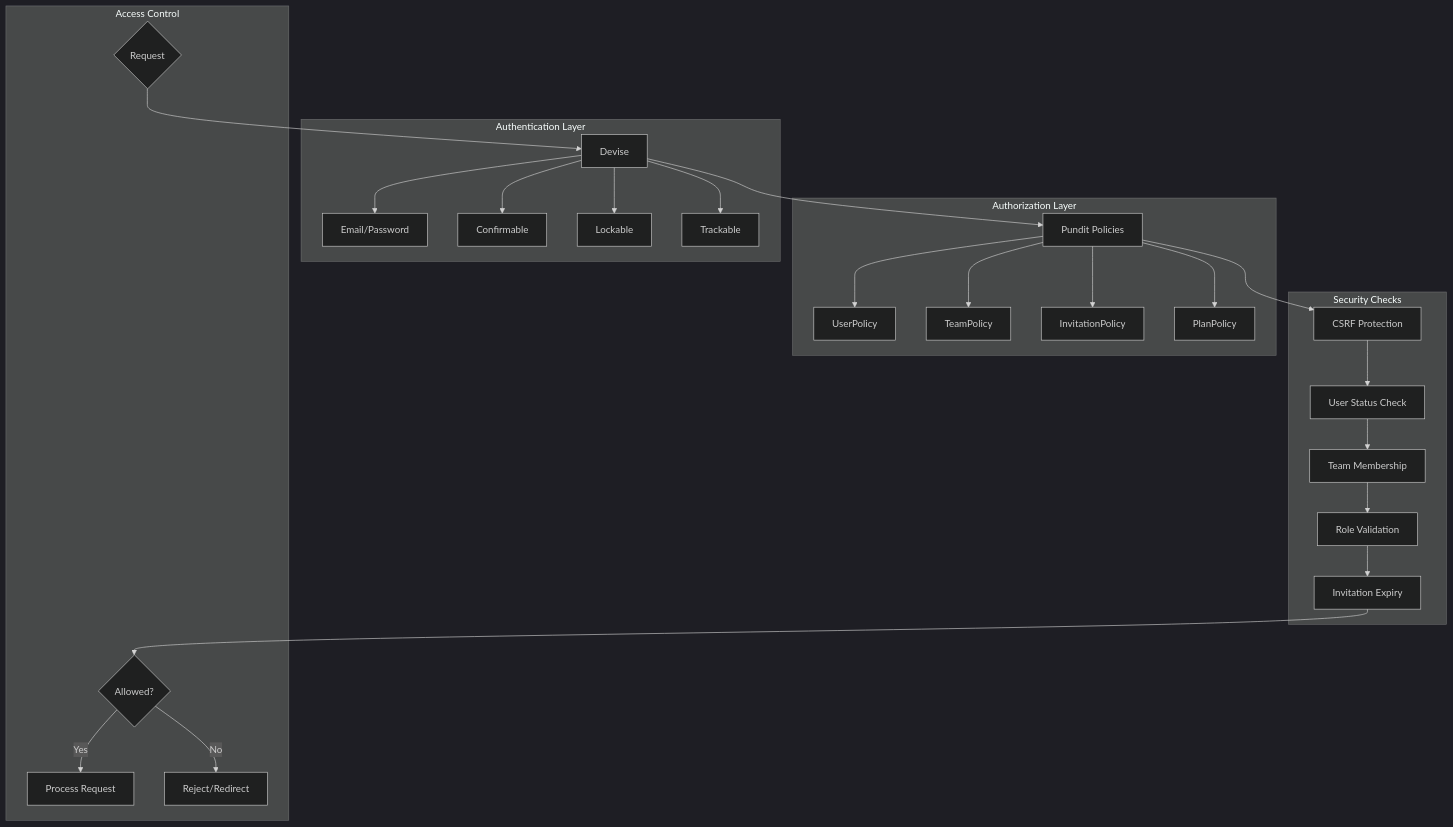
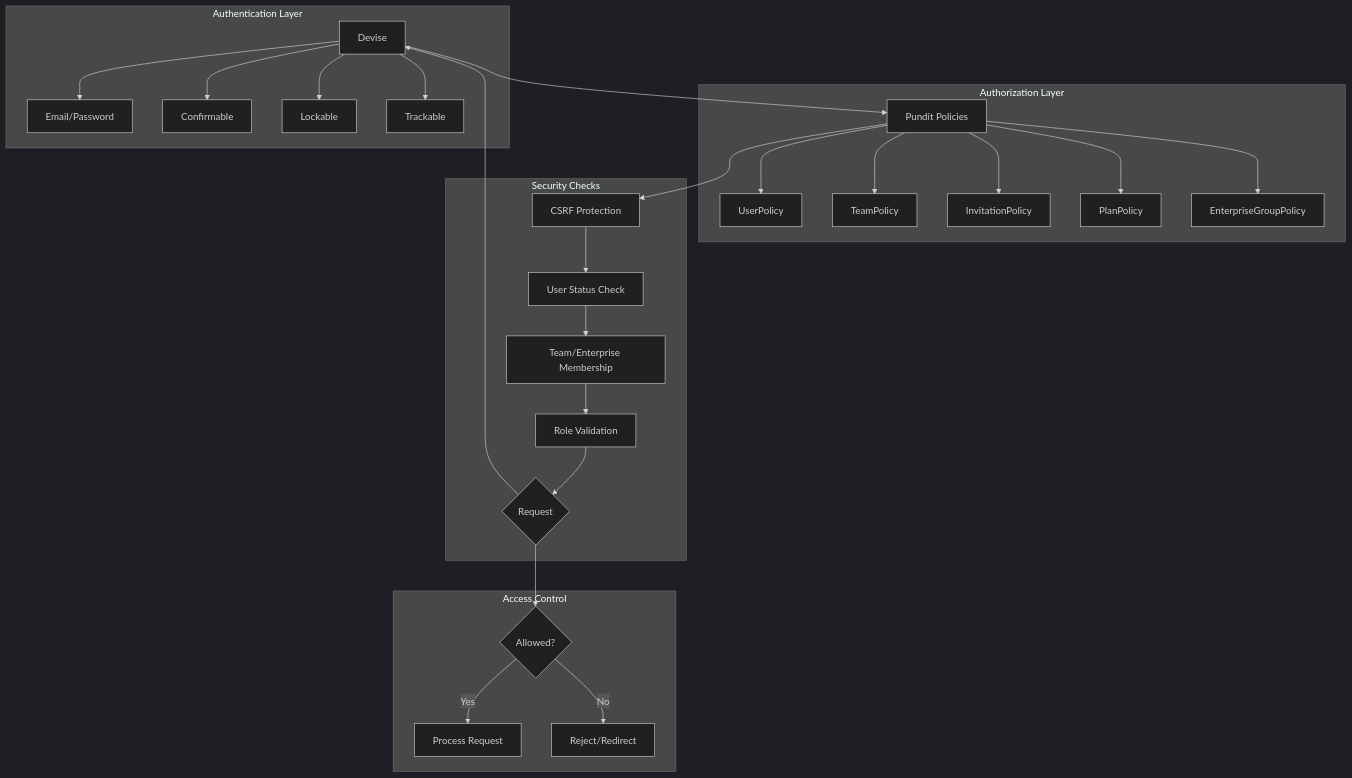
Before and after one commit to ashack/portfolio: the sixth of 8 diagrams in docs/architecture_diagram.md, drawn with Mermaid (dark theme). The commit also changed other lines of this file and 56 other files, not shown here.

````diff
--- a/docs/architecture_diagram.md
+++ b/docs/architecture_diagram.md
@@ -220,39 +242,40 @@
 ```mermaid
 graph TB
     subgraph "Authentication Layer"
         A[Devise]
         A --> B[Email/Password]
         A --> C[Confirmable]
         A --> D[Lockable]
         A --> E[Trackable]
     end
     
     subgraph "Authorization Layer"
         F[Pundit Policies]
         F --> G[UserPolicy]
         F --> H[TeamPolicy]
         F --> I[InvitationPolicy]
         F --> J[PlanPolicy]
+        F --> K[EnterpriseGroupPolicy]
     end
     
     subgraph "Security Checks"
-        K[CSRF Protection]
-        L[User Status Check]
-        M[Team Membership]
-        N[Role Validation]
-        O[Invitation Expiry]
+        L[CSRF Protection]
+        M[User Status Check]
+        N[Team/Enterprise Membership]
+        O[Role Validation]
+        P[Invitation Expiry]
     end
     
     subgraph "Access Control"
         P{Request} --> A
         A --> F
-        F --> K
-        K --> L
+        F --> L
         L --> M
         M --> N
         N --> O
-        O --> Q{Allowed?}
+        O --> P
+        P --> Q{Allowed?}
         Q -->|Yes| R[Process Request]
         Q -->|No| S[Reject/Redirect]
     end
 ```
````
